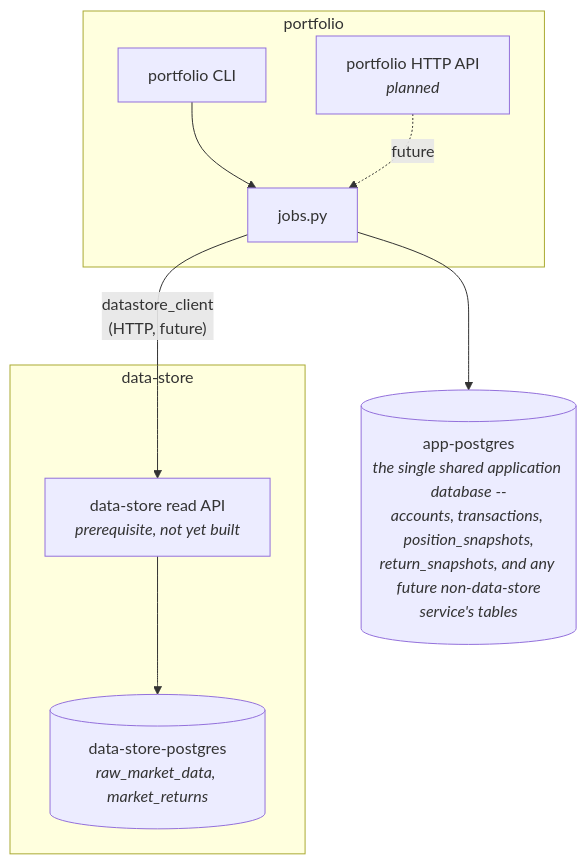
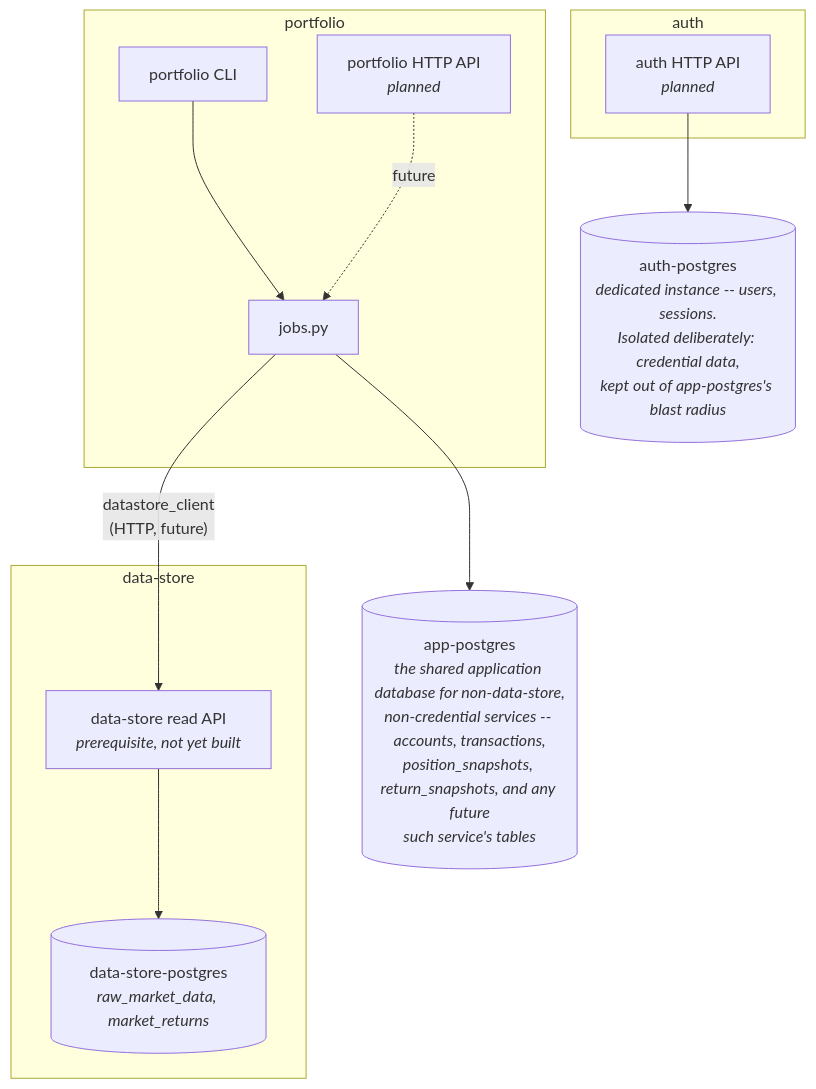
The second of 2 diagrams in services/portfolio/docs/architecture.md (jpedropereira/Stakehold), drawn with Mermaid before and after one commit. The commit also changed other lines of this file and 2 other files, not shown here.

First line of the commit message:
Reconcile Postgres topology and resolve service-to-service trust gap

````diff
--- a/services/portfolio/docs/architecture.md
+++ b/services/portfolio/docs/architecture.md
@@ -392,21 +392,28 @@
 ```mermaid
 flowchart TB
     subgraph pf["portfolio"]
         PCLI["portfolio CLI"]
         PAPI["portfolio HTTP API<br/><i>planned</i>"]
         PJOBS["jobs.py"]
     end
 
-    APPDB[("app-postgres<br/><i>the single shared application database --<br/>accounts, transactions, position_snapshots,<br/>return_snapshots, and any future non-data-store<br/>service's tables</i>")]
+    APPDB[("app-postgres<br/><i>the shared application database for non-data-store,<br/>non-credential services -- accounts, transactions,<br/>position_snapshots, return_snapshots, and any future<br/>such service's tables</i>")]
 
     subgraph ds["data-store"]
         DSAPI["data-store read API<br/><i>prerequisite, not yet built</i>"]
         DSDB[("data-store-postgres<br/><i>raw_market_data, market_returns</i>")]
     end
 
+    subgraph au["auth"]
+        AUAPI["auth HTTP API<br/><i>planned</i>"]
+    end
+
+    AUDB[("auth-postgres<br/><i>dedicated instance -- users, sessions.<br/>Isolated deliberately: credential data,<br/>kept out of app-postgres's blast radius</i>")]
+
     PCLI --> PJOBS
     PAPI -.future.-> PJOBS
     PJOBS --> APPDB
     PJOBS -->|"datastore_client<br/>(HTTP, future)"| DSAPI
     DSAPI --> DSDB
+    AUAPI --> AUDB
 ```
````
